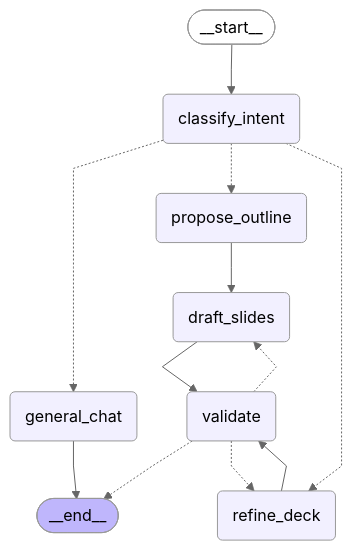
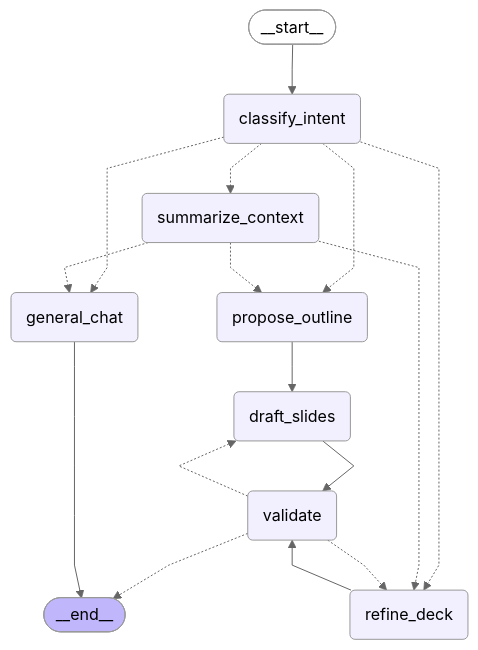
The diagram in apps/backend/graph_structure.md (Fidelisaboke/slideia), drawn with Mermaid (neutral theme) before and after one commit. The commit also changed 9 other files, not shown here.

````diff
--- a/apps/backend/graph_structure.md
+++ b/apps/backend/graph_structure.md
@@ -7,31 +7,36 @@
 ```mermaid
 ---
 config:
   flowchart:
     curve: linear
 ---
 graph TD;
 	__start__([<p>__start__</p>]):::first
 	classify_intent(classify_intent)
+	summarize_context(summarize_context)
 	propose_outline(propose_outline)
 	draft_slides(draft_slides)
 	refine_deck(refine_deck)
 	validate(validate)
 	general_chat(general_chat)
 	__end__([<p>__end__</p>]):::last
 	__start__ --> classify_intent;
 	classify_intent -.-> general_chat;
 	classify_intent -.-> propose_outline;
 	classify_intent -.-> refine_deck;
+	classify_intent -.-> summarize_context;
 	draft_slides --> validate;
 	propose_outline --> draft_slides;
 	refine_deck --> validate;
+	summarize_context -.-> general_chat;
+	summarize_context -.-> propose_outline;
+	summarize_context -.-> refine_deck;
 	validate -.-> __end__;
 	validate -.-> draft_slides;
 	validate -.-> refine_deck;
 	general_chat --> __end__;
 	classDef default fill:#f2f0ff,line-height:1.2
 	classDef first fill-opacity:0
 	classDef last fill:#bfb6fc
 
 ```
````
